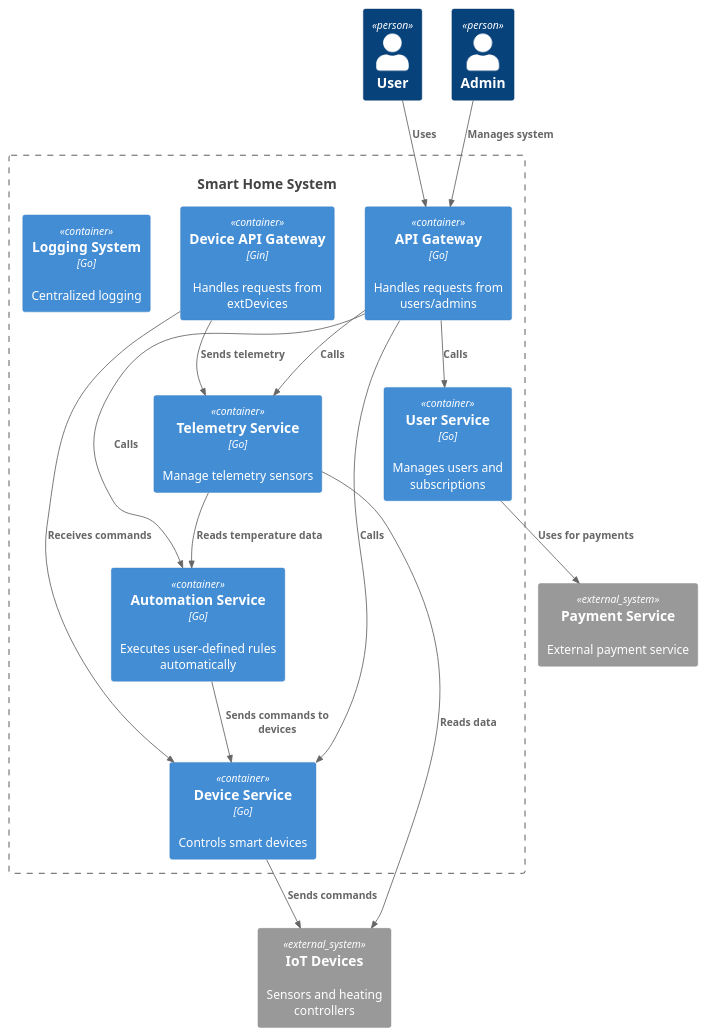
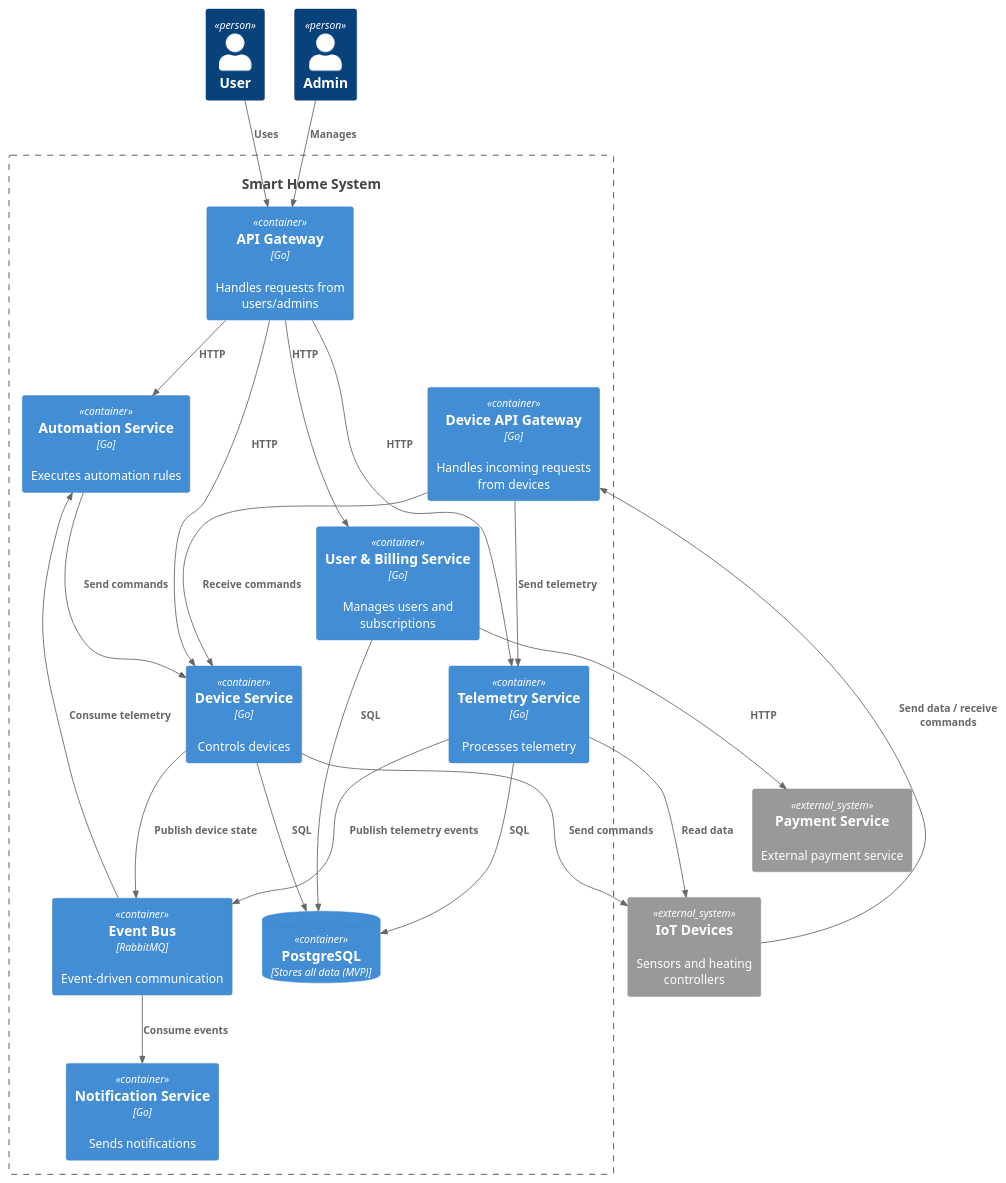
One commit to Moulten/architecture-warmhouse changed the diagram in apps/temperature-api/diagrams/Container_C4.puml. Above: the diagram before and after it, drawn with PlantUML.

Commit message:
Fix mistakes

```diff
--- a/apps/temperature-api/diagrams/Container_C4.puml
+++ b/apps/temperature-api/diagrams/Container_C4.puml
@@ -1,48 +1,62 @@
 @startuml
 !include https://raw.githubusercontent.com/plantuml-stdlib/C4-PlantUML/master/C4_Container.puml
 
 Person(user, "User")
 Person(admin, "Admin")
 
 System(system, "Smart Home System")
 System_Ext(payment, "Payment Service", "External payment service")
 System_Ext(extDevices, "IoT Devices", "Sensors and heating controllers")
 
 Container_Boundary(system, "Smart Home System") {
+
     Container(api, "API Gateway", "Go", "Handles requests from users/admins")
-    Container(deviceAPI, "Device API Gateway", "Gin", "Handles requests from extDevices")
-    Container(userService, "User Service", "Go", "Manages users and subscriptions")
-    Container(automationService, "Automation Service", "Go", "Executes user-defined rules automatically")
-    Container(deviceService, "Device Service", "Go", "Controls smart devices")
-    Container(telemetry, "Telemetry Service", "Go", "Manage telemetry sensors")
-    Container(logging, "Logging System", "Go", "Centralized logging")
-    ' ContainerDb(db, "PostgreSQL", "Stores user, device, and telemetry data")
+    Container(deviceAPI, "Device API Gateway", "Go", "Handles incoming requests from devices")
+
+    Container(userService, "User & Billing Service", "Go", "Manages users and subscriptions")
+    Container(automationService, "Automation Service", "Go", "Executes automation rules")
+    Container(deviceService, "Device Service", "Go", "Controls devices")
+    Container(telemetry, "Telemetry Service", "Go", "Processes telemetry")
+    Container(notification, "Notification Service", "Go", "Sends notifications")
+
+    Container(bus, "Event Bus", "RabbitMQ", "Event-driven communication")
+
+    ContainerDb(db, "PostgreSQL", "Stores all data (MVP)")
 }
 
 Rel(user, api, "Uses")
-Rel(admin, api, "Manages system")
+Rel(admin, api, "Manages")
 
-Rel(api, userService, "Calls")
-Rel(api, telemetry, "Calls")
-Rel(api, deviceService, "Calls")
-Rel(api, automationService, "Calls")
+Rel(api, userService, "HTTP")
+Rel(api, telemetry, "HTTP")
+Rel(api, deviceService, "HTTP")
+Rel(api, automationService, "HTTP")
 
-' Device API к сервисам
-Rel(deviceAPI, telemetry, "Sends telemetry")
-Rel(deviceAPI, deviceService, "Receives commands")
+' Devices → system
+Rel(extDevices, deviceAPI, "Send data / receive commands")
 
-' Автоматизация
-Rel(automationService, deviceService, "Sends commands to devices")
-Rel(telemetry, automationService, "Reads temperature data") 
+Rel(deviceAPI, telemetry, "Send telemetry")
+Rel(deviceAPI, deviceService, "Receive commands")
 
-' Сервисы к БД
-' Rel(userService, db, "Reads/Writes")
-' Rel(telemetry, db, "Reads/Writes")
-' Rel(deviceService, db, "Reads/Writes")
-' Rel(logging, db, "Stores logs")
+' Sync работа с устройствами (MVP)
+Rel(deviceService, extDevices, "Send commands")
+Rel(telemetry, extDevices, "Read data")
 
-' Сервисы к внешним системам
-Rel(userService, payment, "Uses for payments")
-Rel(telemetry, extDevices, "Reads data")
-Rel(deviceService, extDevices, "Sends commands")
+' Event-driven часть
+Rel(telemetry, bus, "Publish telemetry events")
+Rel(deviceService, bus, "Publish device state")
+
+Rel(bus, automationService, "Consume telemetry")
+Rel(automationService, deviceService, "Send commands")
+
+Rel(bus, notification, "Consume events")
+
+' DB
+Rel(userService, db, "SQL")
+Rel(deviceService, db, "SQL")
+Rel(telemetry, db, "SQL")
+
+' External
+Rel(userService, payment, "HTTP")
+
 @enduml
```
